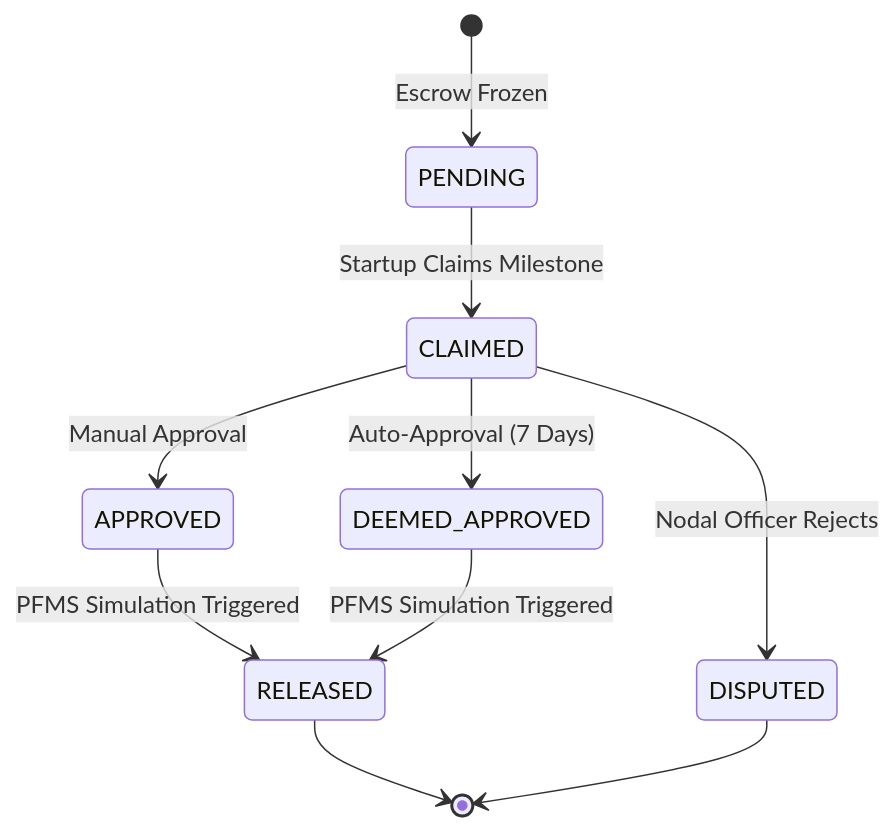
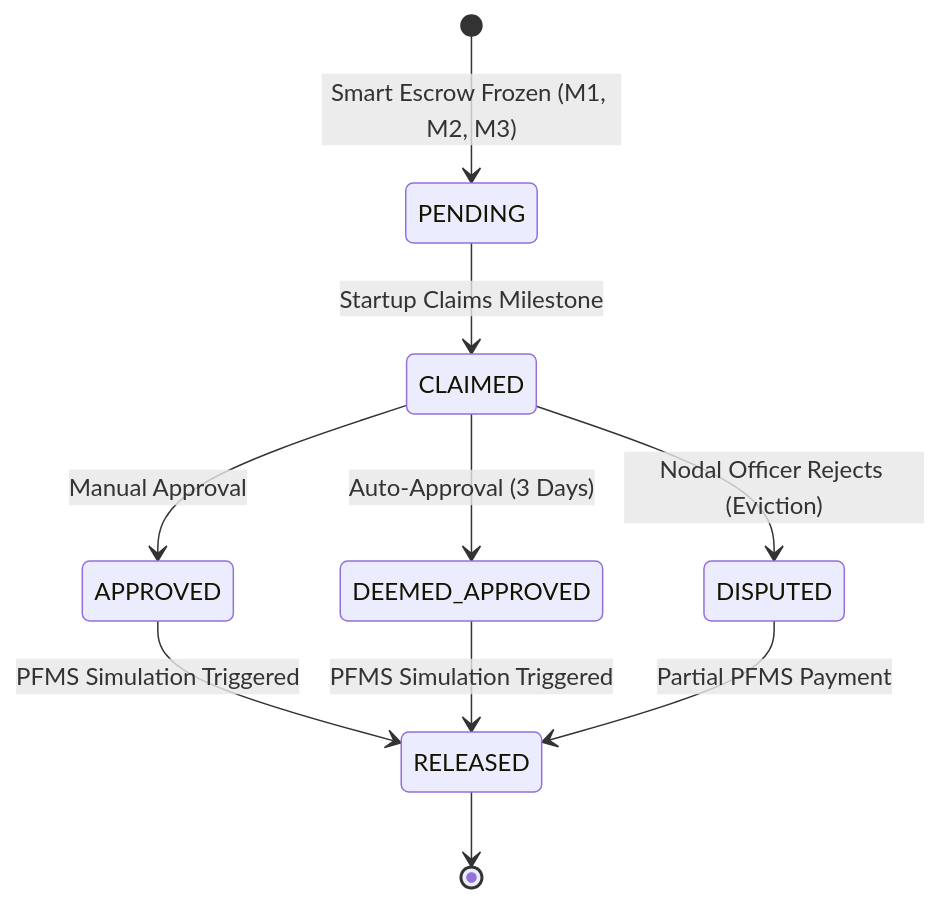
Before and after one commit to GovInnovateBridge/Backend: the first of 2 diagrams in README.md, drawn with Mermaid. The commit also changed other lines of this file, not shown here.

````diff
--- a/README.md
+++ b/README.md
@@ -41,17 +44,17 @@
 ```mermaid
 stateDiagram-v2
     direction TB
     
-    [*] --> PENDING : Escrow Frozen
+    [*] --> PENDING : Smart Escrow Frozen (M1, M2, M3)
     PENDING --> CLAIMED : Startup Claims Milestone
     
     CLAIMED --> APPROVED : Manual Approval
-    CLAIMED --> DEEMED_APPROVED : Auto-Approval (7 Days)
-    CLAIMED --> DISPUTED : Nodal Officer Rejects
+    CLAIMED --> DEEMED_APPROVED : Auto-Approval (3 Days)
+    CLAIMED --> DISPUTED : Nodal Officer Rejects (Eviction)
     
     APPROVED --> RELEASED : PFMS Simulation Triggered
     DEEMED_APPROVED --> RELEASED : PFMS Simulation Triggered
+    DISPUTED --> RELEASED : Partial PFMS Payment
     
     RELEASED --> [*]
-    DISPUTED --> [*]
 ```
````
